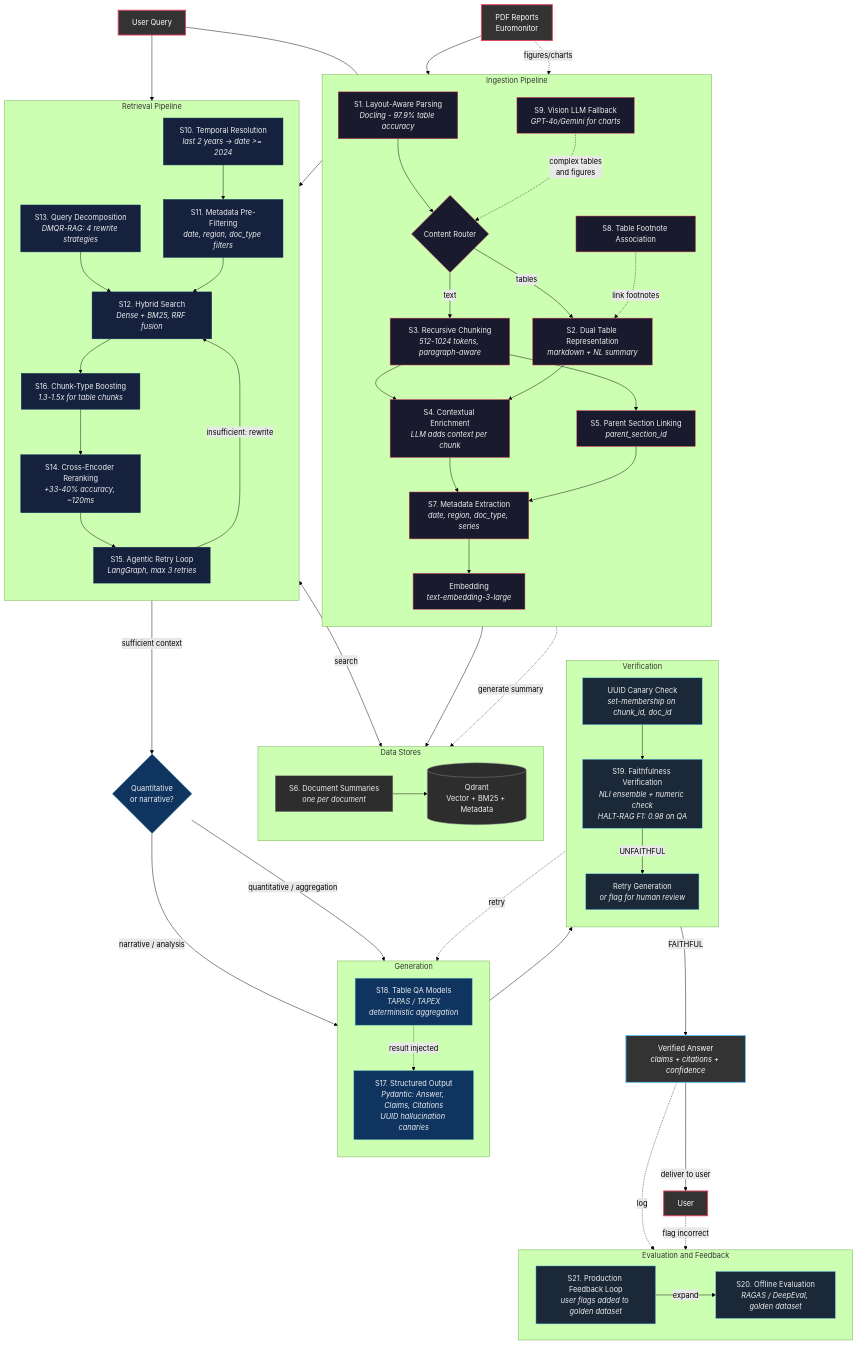
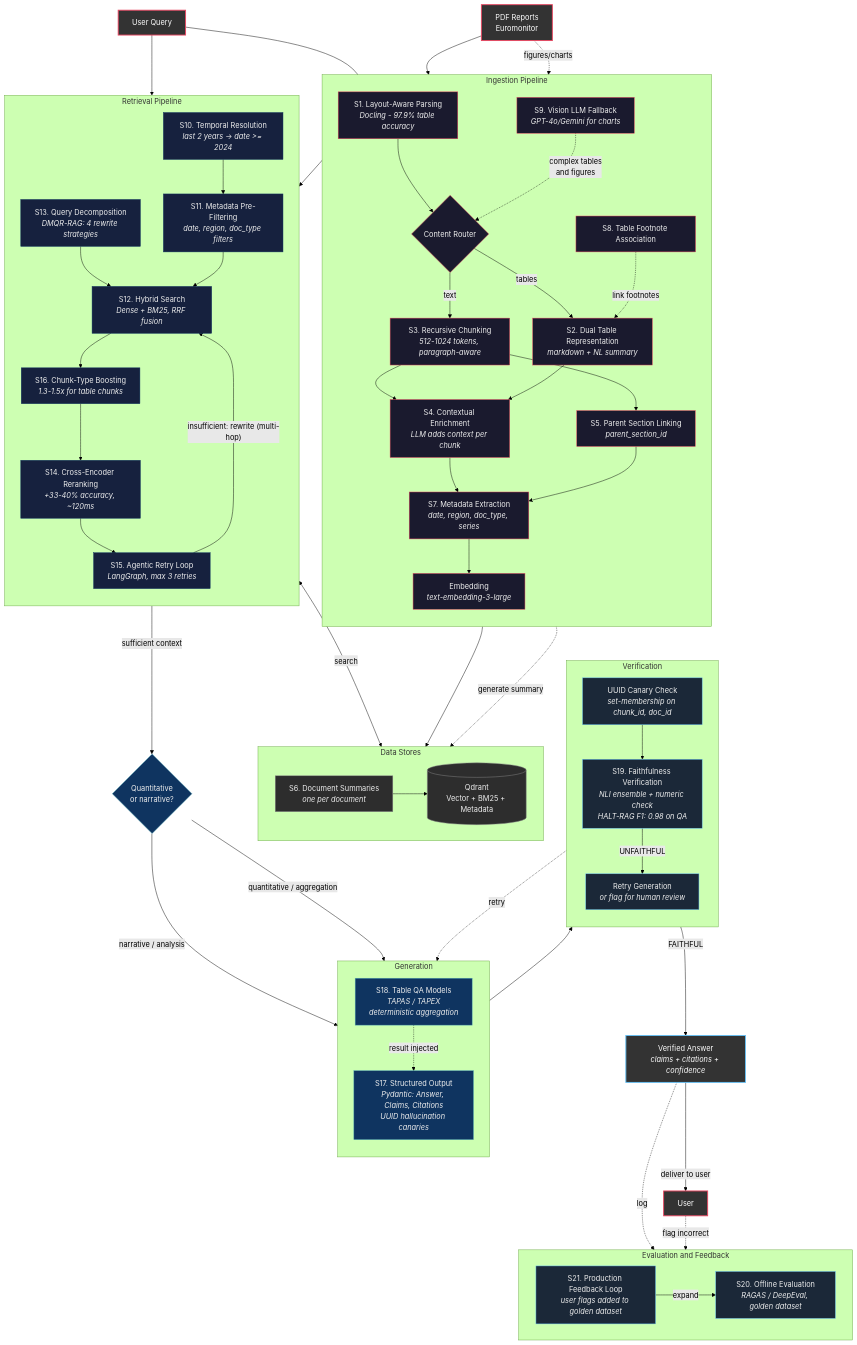
Before and after one commit to Foxicution/th-em-rag: the diagram in architecture.md, drawn with Mermaid (forest theme).

Commit message:
add explanatory text to mermaid chart

```diff
--- a/architecture.md
+++ b/architecture.md
@@ -150,7 +150,7 @@
     QUERY --> S10
     QUERY --> S13
     S12 <-->|"search"| QDRANT
-    S15 -->|"insufficient: rewrite"| S12
+    S15 -->|"insufficient: rewrite (multi-hop)"| S12
 
     S15 -->|"sufficient context"| ROUTE{"Quantitative<br/>or narrative?"}:::generation
 
```
